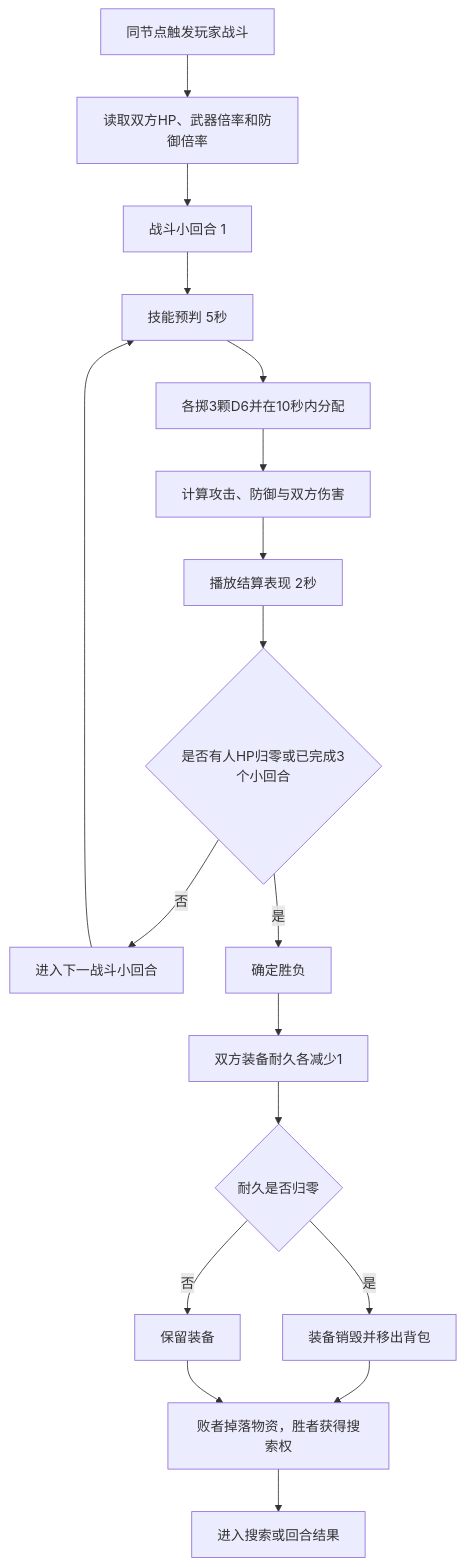
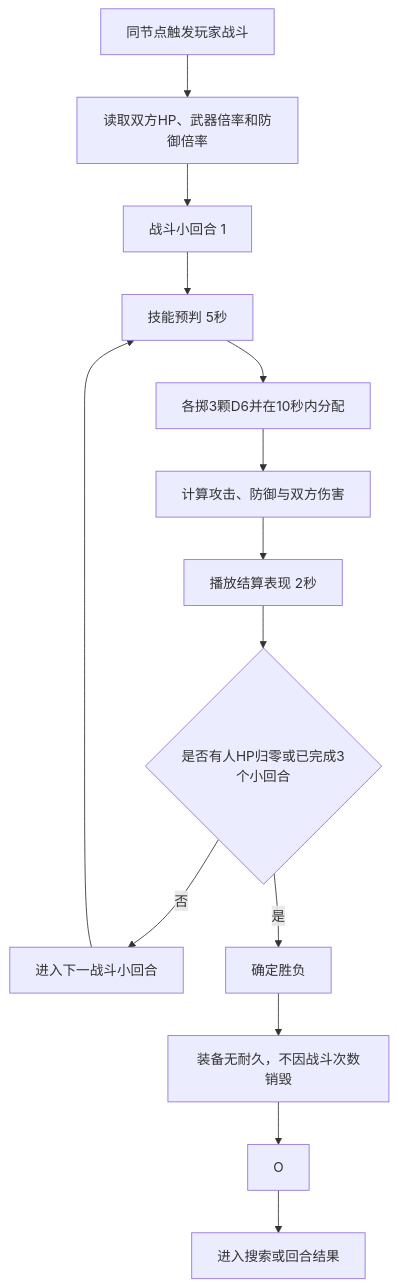
One commit to Yeungsam/heisino-game changed the ninth of 10 diagrams in docs/游戏产品流程图.md. Above: the diagram before and after it, drawn with Mermaid. The commit also changed other lines of this file and 61 other files, not shown here.

Commit message:
feat: ship account flow and updated room map

````diff
--- a/docs/游戏产品流程图.md
+++ b/docs/游戏产品流程图.md
@@ -333,19 +340,15 @@
 ```mermaid
 flowchart TD
     A["同节点触发玩家战斗"] --> B["读取双方HP、武器倍率和防御倍率"]
     B --> C["战斗小回合 1"]
     C --> D["技能预判 5秒"]
     D --> E["各掷3颗D6并在10秒内分配"]
     E --> F["计算攻击、防御与双方伤害"]
     F --> G["播放结算表现 2秒"]
     G --> H{"是否有人HP归零或已完成3个小回合"}
     H -- "否" --> I["进入下一战斗小回合"] --> D
     H -- "是" --> J["确定胜负"]
-    J --> K["双方装备耐久各减少1"]
-    K --> L{"耐久是否归零"}
-    L -- "是" --> M["装备销毁并移出背包"]
-    L -- "否" --> N["保留装备"]
-    M --> O["败者掉落物资，胜者获得搜索权"]
+    J --> N["装备无耐久，不因战斗次数销毁"]
     N --> O
     O --> P["进入搜索或回合结果"]
 ```
````
